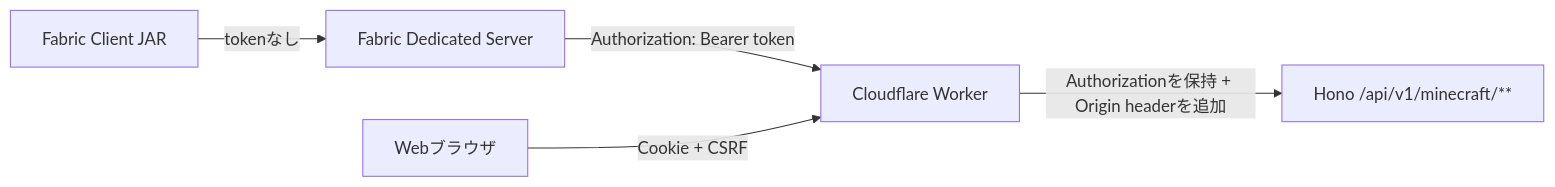
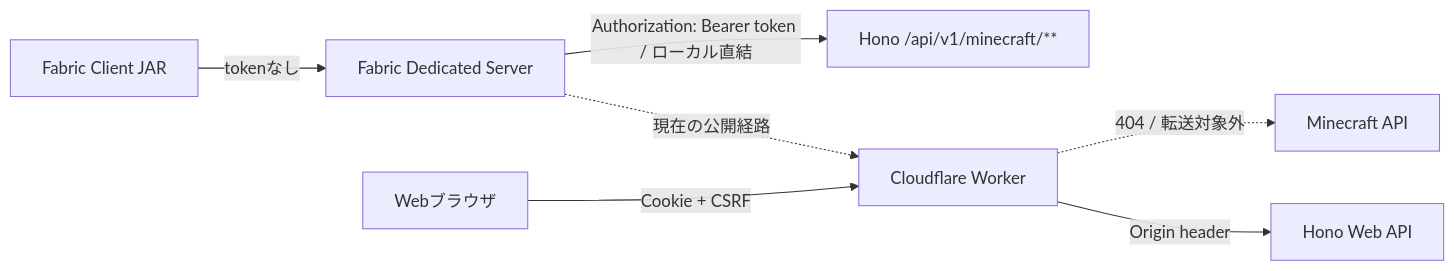
The diagram in docs/api.md (IH-Ggroup/minetenant-backend), drawn with Mermaid before and after one commit. The commit also changed other lines of this file and 5 other files, not shown here.

````diff
--- a/docs/api.md
+++ b/docs/api.md
@@ -1474,7 +1476,9 @@
 ```mermaid
 flowchart LR
   Client[Fabric Client JAR] -->|tokenなし| Server[Fabric Dedicated Server]
-  Server -->|Authorization: Bearer token| Worker[Cloudflare Worker]
-  Worker -->|Authorizationを保持 + Origin headerを追加| Api["Hono /api/v1/minecraft/**"]
+  Server -->|Authorization: Bearer token / ローカル直結| MinecraftApi["Hono /api/v1/minecraft/**"]
+  Server -. 現在の公開経路 .-> Worker[Cloudflare Worker]
+  Worker -. 404 / 転送対象外 .-> Blocked[Minecraft API]
   Browser[Webブラウザ] -->|Cookie + CSRF| Worker
+  Worker -->|Origin header| WebApi[Hono Web API]
 ```
````
